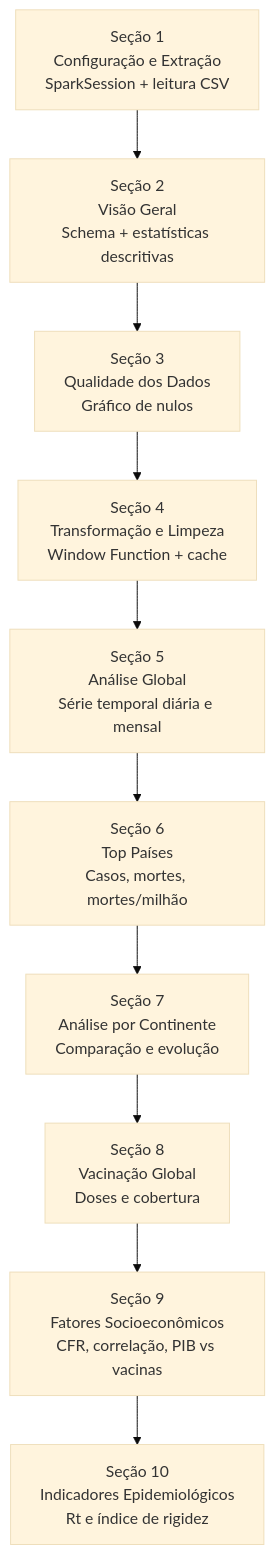
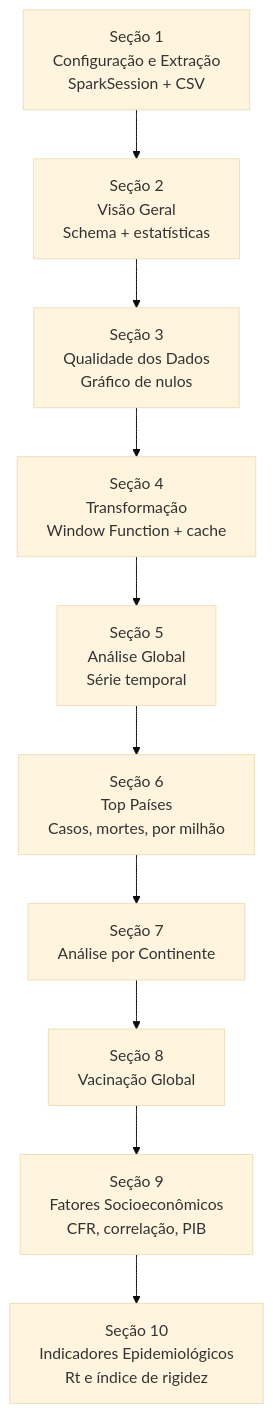
One commit to isabelacarone/eda-covid19 changed the seventh of 12 diagrams in DOCUMENTACAO.md. Above: the diagram before and after it, drawn with Mermaid (base theme). The commit also changed other lines of this file and 1 other file, not shown here.

````diff
--- a/DOCUMENTACAO.md
+++ b/DOCUMENTACAO.md
@@ -288,16 +243,16 @@
 ```mermaid
 flowchart TD
-    S1["Seção 1\nConfiguração e Extração\nSparkSession + leitura CSV"]
-    S2["Seção 2\nVisão Geral\nSchema + estatísticas descritivas"]
+    S1["Seção 1\nConfiguração e Extração\nSparkSession + CSV"]
+    S2["Seção 2\nVisão Geral\nSchema + estatísticas"]
     S3["Seção 3\nQualidade dos Dados\nGráfico de nulos"]
-    S4["Seção 4\nTransformação e Limpeza\nWindow Function + cache"]
-    S5["Seção 5\nAnálise Global\nSérie temporal diária e mensal"]
-    S6["Seção 6\nTop Países\nCasos, mortes, mortes/milhão"]
-    S7["Seção 7\nAnálise por Continente\nComparação e evolução"]
-    S8["Seção 8\nVacinação Global\nDoses e cobertura"]
-    S9["Seção 9\nFatores Socioeconômicos\nCFR, correlação, PIB vs vacinas"]
+    S4["Seção 4\nTransformação\nWindow Function + cache"]
+    S5["Seção 5\nAnálise Global\nSérie temporal"]
+    S6["Seção 6\nTop Países\nCasos, mortes, por milhão"]
+    S7["Seção 7\nAnálise por Continente"]
+    S8["Seção 8\nVacinação Global"]
+    S9["Seção 9\nFatores Socioeconômicos\nCFR, correlação, PIB"]
     S10["Seção 10\nIndicadores Epidemiológicos\nRt e índice de rigidez"]
 
     S1 --> S2 --> S3 --> S4
     S4 --> S5 --> S6 --> S7 --> S8 --> S9 --> S10
 ```
````
